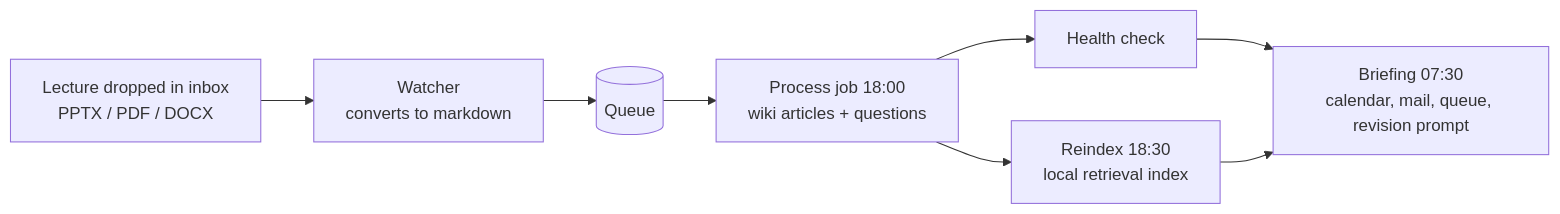
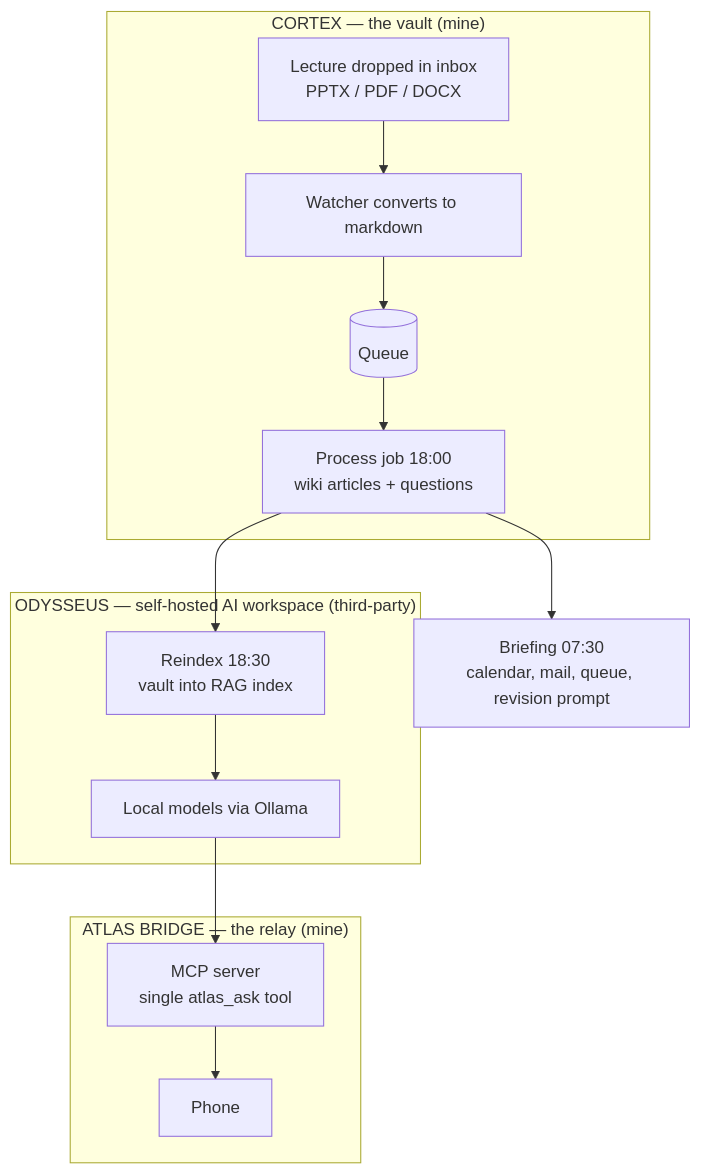
The diagram in README.md (lwilde2004-dot/project-atlas), drawn with Mermaid before and after one commit. The commit also changed other lines of this file, not shown here.

Commit message:
Reframe as Project Atlas: vault, self-hosted workspace and phone relay

````diff
--- a/README.md
+++ b/README.md
@@ -30,10 +15,17 @@
 ```mermaid
-flowchart LR
-    A[Lecture dropped in inbox<br/>PPTX / PDF / DOCX] --> B[Watcher<br/>converts to markdown]
-    B --> C[(Queue)]
-    C --> D[Process job 18:00<br/>wiki articles + questions]
-    D --> E[Health check]
-    D --> F[Reindex 18:30<br/>local retrieval index]
-    E --> G[Briefing 07:30<br/>calendar, mail, queue, revision prompt]
-    F --> G
+flowchart TB
+    subgraph C["CORTEX — the vault (mine)"]
+        A[Lecture dropped in inbox<br/>PPTX / PDF / DOCX] --> B[Watcher converts to markdown]
+        B --> Q[(Queue)]
+        Q --> P[Process job 18:00<br/>wiki articles + questions]
+    end
+    subgraph O["ODYSSEUS — self-hosted AI workspace (third-party)"]
+        P --> R[Reindex 18:30<br/>vault into RAG index]
+        R --> LM[Local models via Ollama]
+    end
+    subgraph BR["ATLAS BRIDGE — the relay (mine)"]
+        LM --> MCP[MCP server<br/>single atlas_ask tool]
+        MCP --> TG[Phone]
+    end
+    P --> BRF[Briefing 07:30<br/>calendar, mail, queue, revision prompt]
 ```
````
